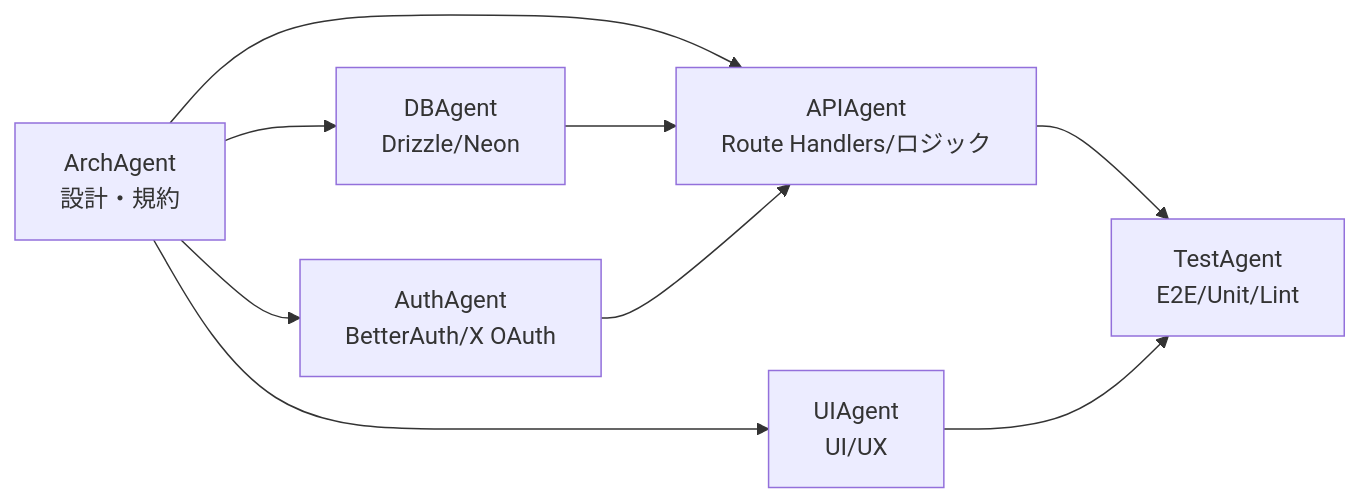
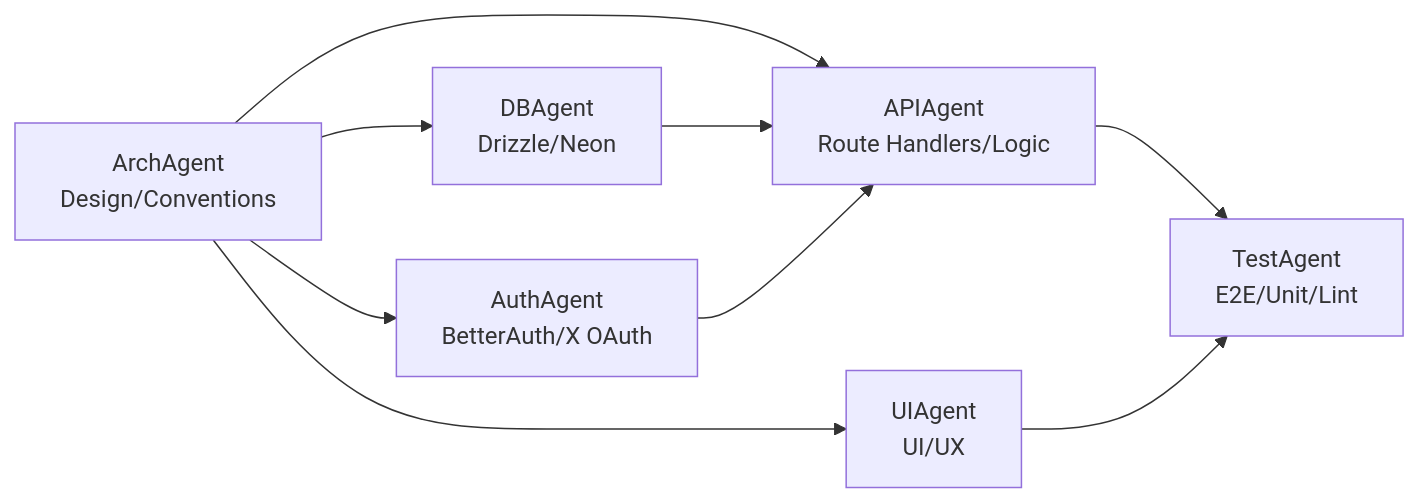
Before and after one commit to tqer39/xtrade: the first of 4 diagrams in docs/architecture.md, drawn with Mermaid. The commit also changed other lines of this file and 6 other files, not shown here.

````diff
--- a/docs/architecture.md
+++ b/docs/architecture.md
@@ -266,13 +268,13 @@
 ```mermaid
 flowchart LR
-    Arch[ArchAgent<br/>設計・規約] --> DBA[DBAgent<br/>Drizzle/Neon]
+    Arch[ArchAgent<br/>Design/Conventions] --> DBA[DBAgent<br/>Drizzle/Neon]
     Arch --> Auth[AuthAgent<br/>BetterAuth/X OAuth]
-    Arch --> API[APIAgent<br/>Route Handlers/ロジック]
+    Arch --> API[APIAgent<br/>Route Handlers/Logic]
     Arch --> UI[UIAgent<br/>UI/UX]
 
     DBA --> API
     Auth --> API
 
     API --> Test[TestAgent<br/>E2E/Unit/Lint]
     UI  --> Test
 ```
````
